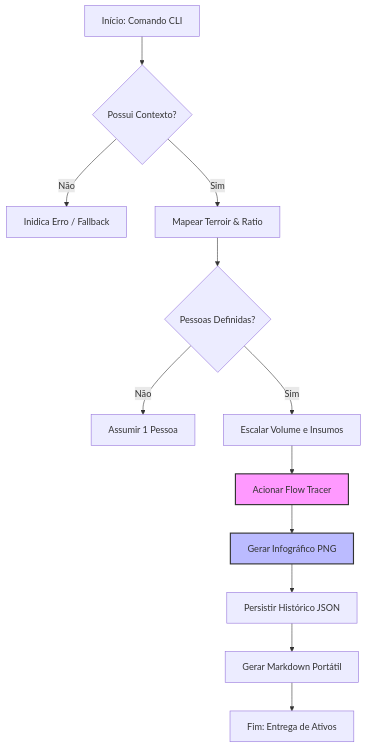
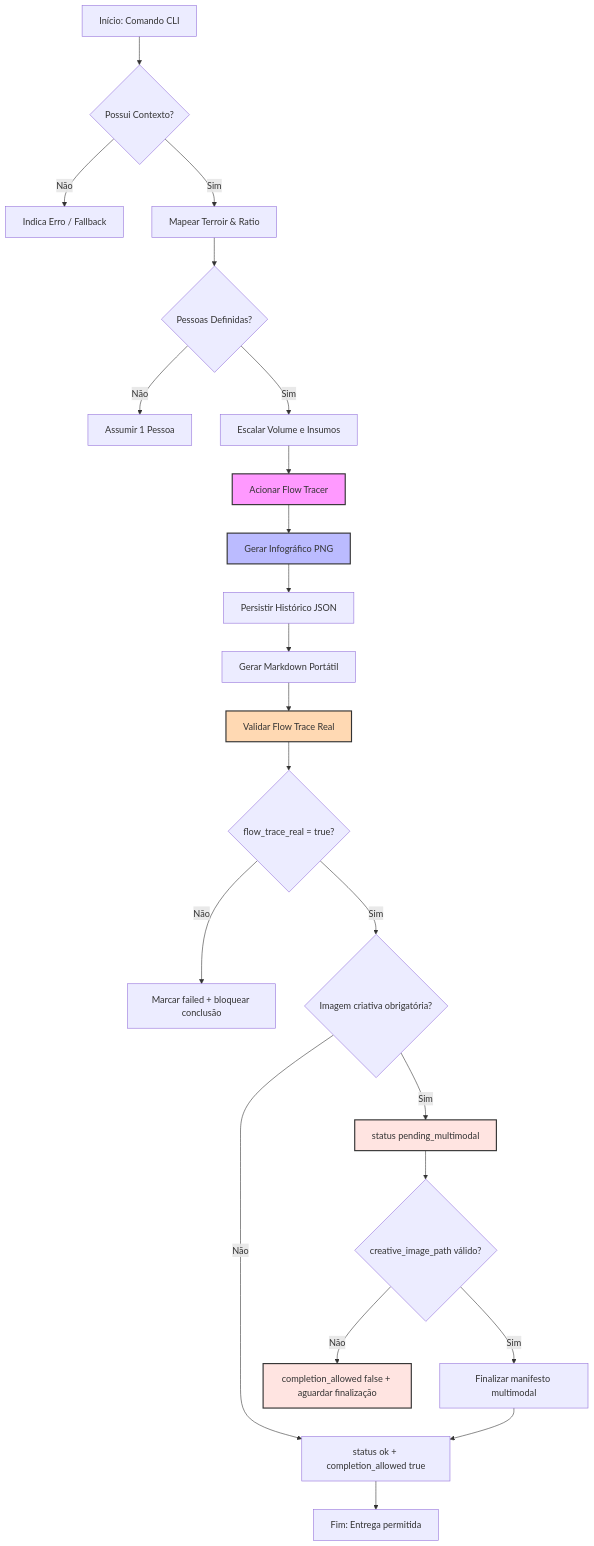
The second of 2 diagrams in README.md (malvesro/cafe-skill), drawn with Mermaid before and after one commit. The commit also changed other lines of this file and 2 other files, not shown here.

Commit message:
docs(diagrams): 🧩 atualiza fluxos e sincroniza microtarefas

````diff
--- a/README.md
+++ b/README.md
@@ -37,17 +46,30 @@
 ```mermaid
 graph TD
     A[Início: Comando CLI] --> B{Possui Contexto?}
-    B -- Não --> C[Inidica Erro / Fallback]
+    B -- Não --> C[Indica Erro / Fallback]
     B -- Sim --> D[Mapear Terroir & Ratio]
     D --> E{Pessoas Definidas?}
     E -- Não --> F[Assumir 1 Pessoa]
     E -- Sim --> G[Escalar Volume e Insumos]
     G --> H[Acionar Flow Tracer]
     H --> I[Gerar Infográfico PNG]
     I --> J[Persistir Histórico JSON]
     J --> K[Gerar Markdown Portátil]
-    K --> L[Fim: Entrega de Ativos]
+    K --> T[Validar Flow Trace Real]
+    T --> U{flow_trace_real = true?}
+    U -- Não --> V[Marcar failed + bloquear conclusão]
+    U -- Sim --> M{Imagem criativa obrigatória?}
+    M -- Não --> N[status ok + completion_allowed true]
+    M -- Sim --> O[status pending_multimodal]
+    O --> P{creative_image_path válido?}
+    P -- Não --> Q[completion_allowed false + aguardar finalização]
+    P -- Sim --> R[Finalizar manifesto multimodal]
+    R --> N
+    N --> L[Fim: Entrega permitida]
 
     style H fill:#f9f,stroke:#333,stroke-width:2px
     style I fill:#bbf,stroke:#333,stroke-width:2px
+    style T fill:#ffd9b3,stroke:#333,stroke-width:2px
+    style O fill:#ffe4e1,stroke:#333,stroke-width:2px
+    style Q fill:#ffe4e1,stroke:#333,stroke-width:2px
 ```
````
